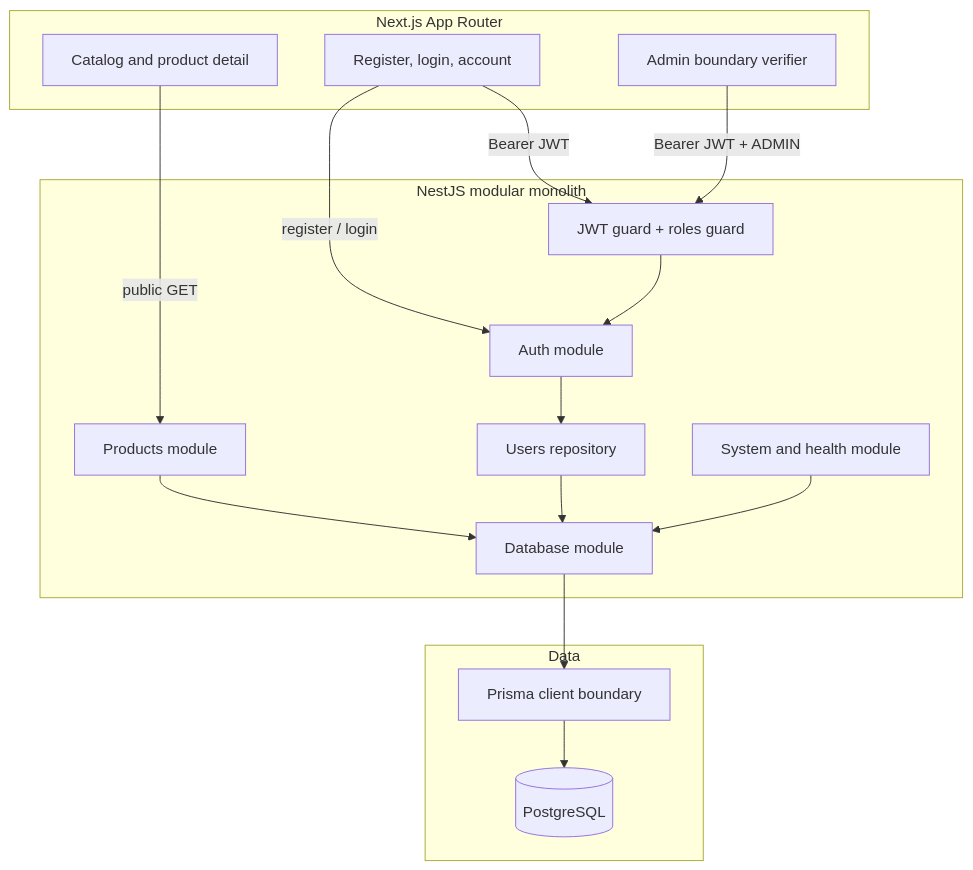
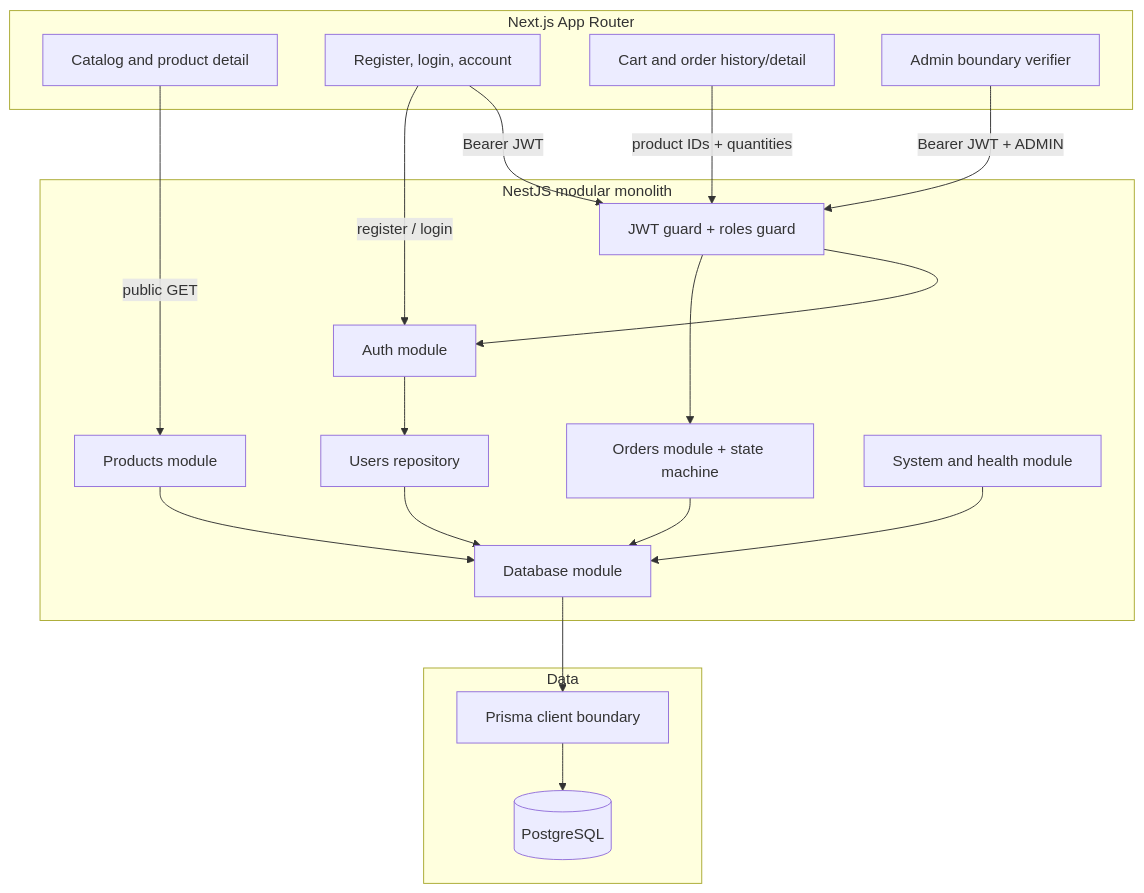
The diagram in docs/architecture.md (tianhao8687/payflow), drawn with Mermaid before and after one commit. The commit also changed other lines of this file and 41 other files, not shown here.

Commit message:
feat: complete stage 2 order flow

````diff
--- a/docs/architecture.md
+++ b/docs/architecture.md
@@ -8,33 +9,38 @@
 ```mermaid
 flowchart TB
   subgraph Client[Next.js App Router]
     Catalog[Catalog and product detail]
     AuthUI[Register, login, account]
+    Cart[Cart and order history/detail]
     AdminUI[Admin boundary verifier]
   end
 
   subgraph ModularMonolith[NestJS modular monolith]
     Auth[Auth module]
     Users[Users repository]
     Products[Products module]
+    Orders[Orders module + state machine]
     Guards[JWT guard + roles guard]
     System[System and health module]
     DatabaseModule[Database module]
   end
 
   subgraph Data
     Prisma[Prisma client boundary]
     Postgres[(PostgreSQL)]
   end
 
   Catalog -->|public GET| Products
+  Cart -->|product IDs + quantities| Guards
+  Guards --> Orders
   AuthUI -->|register / login| Auth
   AuthUI -->|Bearer JWT| Guards
   AdminUI -->|Bearer JWT + ADMIN| Guards
   Guards --> Auth
   Auth --> Users
   Products --> DatabaseModule
+  Orders --> DatabaseModule
   Users --> DatabaseModule
   System --> DatabaseModule
   DatabaseModule --> Prisma --> Postgres
 ```
````
